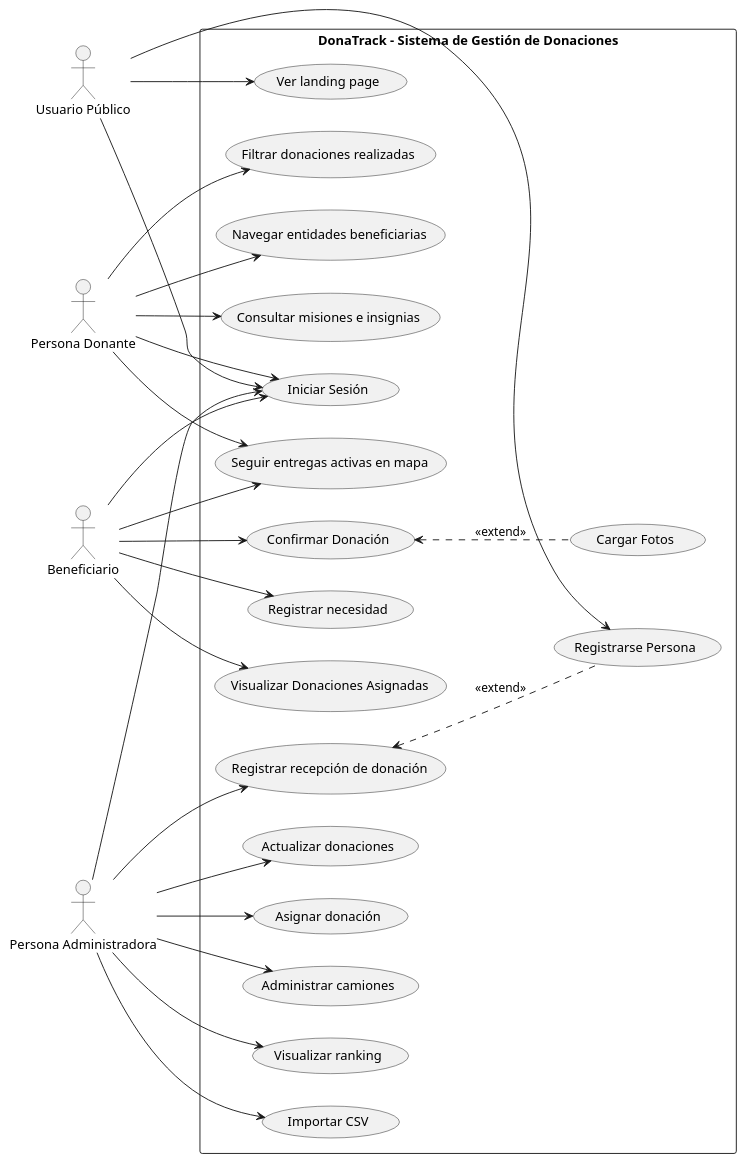
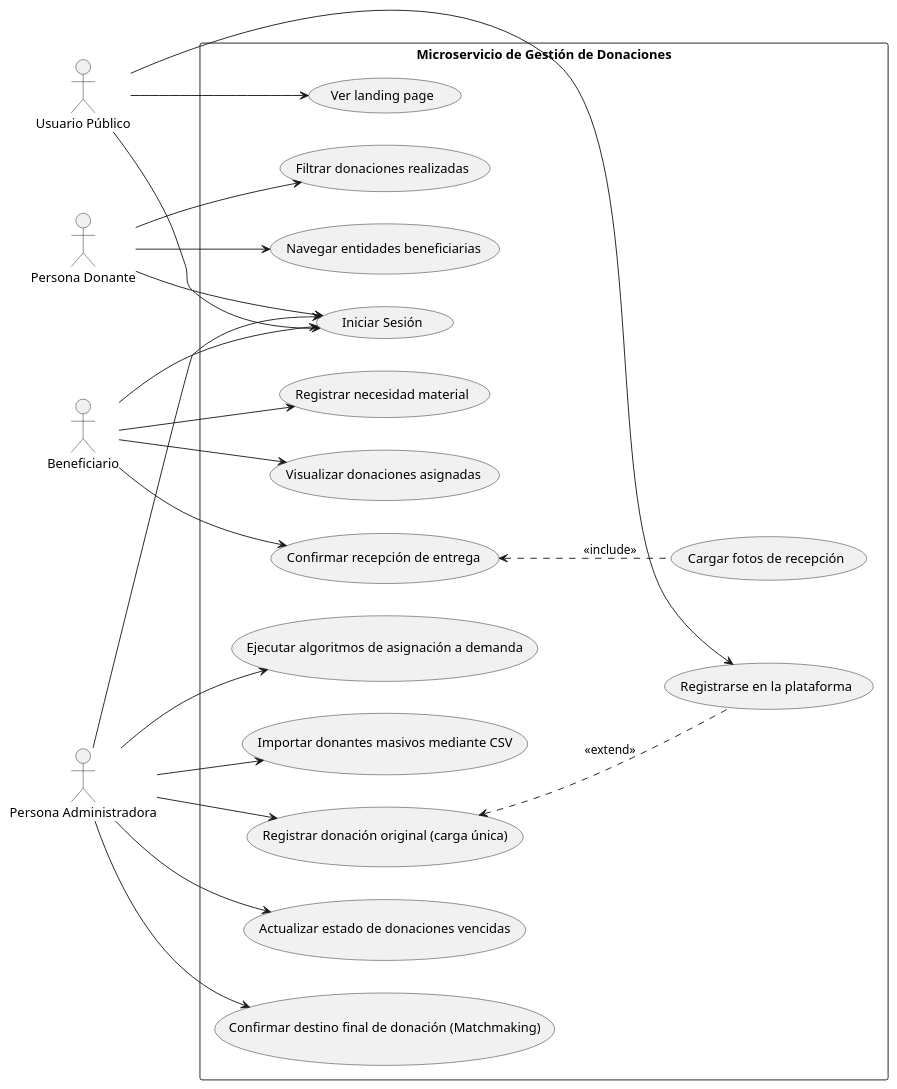
The diagram in diagramas/donaciones/CasosDeUso.puml (matefernandezcc/DonaTrack), drawn with PlantUML before and after one commit. The commit also changed 5 other files, not shown here.

Commit message:
📝 DCs: Diagramas de Clase por servicio

```diff
--- a/diagramas/donaciones/CasosDeUso.puml
+++ b/diagramas/donaciones/CasosDeUso.puml
@@ -1,72 +1,63 @@
-@startuml DonaTrack_CasosDeUso
+@startuml DonaTrack_ServicioDonaciones_CasosDeUso
 left to right direction
 skinparam packageStyle rectangle
 
 actor "Usuario Público" as Publico
 actor "Persona Donante" as Donante
 actor "Beneficiario" as Entidad
 actor "Persona Administradora" as Admin
 
-package "DonaTrack - Sistema de Gestión de Donaciones" {
+package "Microservicio de Gestión de Donaciones" {
     
-    ' --- Casos de Uso de Multiple individuos ---
-    usecase "Registrarse Persona" as UC_Registro
+    ' --- Casos de Uso Generales ---
+    usecase "Registrarse en la plataforma" as UC_Registro
     usecase "Iniciar Sesión" as UC_Login
-
-    ' --- Casos de Uso de Acceso ---
     usecase "Ver landing page" as UC_Publico1
 
     ' --- Casos de Uso de Persona Donante ---
     usecase "Filtrar donaciones realizadas" as UC_D1
     usecase "Navegar entidades beneficiarias" as UC_D2
-    usecase "Consultar misiones e insignias" as UC_D3
-    usecase "Seguir entregas activas en mapa" as UC_SeguirMapa
 
     ' --- Casos de Uso de Beneficiario ---
-    usecase "Registrar necesidad" as UC_E1
-    usecase "Visualizar Donaciones Asignadas" as UC_E2
-    usecase "Confirmar Donación" as UC_E3
-    usecase "Cargar Fotos" as UC_E4
+    usecase "Registrar necesidad material" as UC_E1
+    usecase "Visualizar donaciones asignadas" as UC_E2
+    usecase "Confirmar recepción de entrega" as UC_E3
+    usecase "Cargar fotos de recepción" as UC_E4
 
-    ' --- Casos de Uso de Persona Administradora ---
-    usecase "Registrar recepción de donación" as UC_A2
-    usecase "Actualizar donaciones" as UC_A3
-    usecase "Asignar donación" as UC_A4
-    usecase "Administrar camiones" as UC_A5
-    usecase "Visualizar ranking" as UC_A6
-    usecase "Importar CSV" as UC_A7
+    ' --- Casos de Uso de Persona Administradora (en el Depósito) ---
+    usecase "Registrar donación original (carga única)" as UC_A2
+    usecase "Actualizar estado de donaciones vencidas" as UC_A3
+    usecase "Confirmar destino final de donación (Matchmaking)" as UC_A4
+    usecase "Ejecutar algoritmos de asignación a demanda" as UC_A4_2
+    usecase "Importar donantes masivos mediante CSV" as UC_A7
 }
 
 ' --- Relaciones del Usuario Público ---
 Publico --> UC_Publico1
 Publico --> UC_Registro
 Publico --> UC_Login
 
 ' --- Relaciones de Persona Donante ---
 Donante --> UC_Login
 Donante --> UC_D1
 Donante --> UC_D2
-Donante --> UC_D3
-Donante --> UC_SeguirMapa
 
 ' --- Relaciones de Beneficiario ---
 Entidad --> UC_Login
 Entidad --> UC_E1
 Entidad --> UC_E2
 Entidad --> UC_E3
-Entidad --> UC_SeguirMapa
 
-' Relación de extensión para subir fotos opcionales/comprobantes
-UC_E3 <.. UC_E4 : <<extend>>
+' Relaciones de inclusión y extensión
+UC_E3 <.. UC_E4 : <<include>>
 UC_A2 <.. UC_Registro : <<extend>>
 
 ' --- Relaciones de Persona Administradora ---
 Admin --> UC_Login
 Admin --> UC_A2
 Admin --> UC_A3
 Admin --> UC_A4
-Admin --> UC_A5
-Admin --> UC_A6
+Admin --> UC_A4_2
 Admin --> UC_A7
 
-@enduml
+@endif
```
